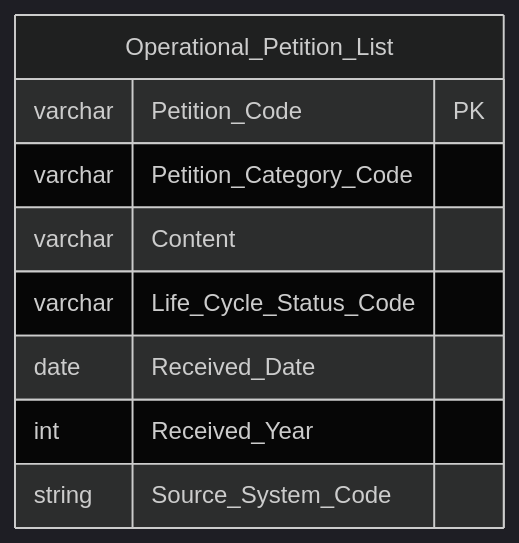
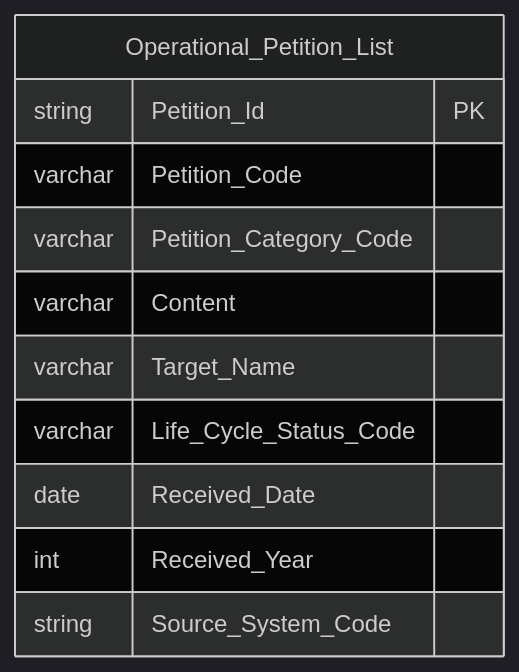
One commit to linhlvit/ubck_atomic_design changed diagram 51 of 54 in Datamart/hld/DTM_TT_HLD.md. Above: the diagram before and after it, drawn with Mermaid (dark theme). The commit also changed other lines of this file and 16 other files, not shown here.

````diff
--- a/Datamart/hld/DTM_TT_HLD.md
+++ b/Datamart/hld/DTM_TT_HLD.md
@@ -2010,12 +2023,14 @@
 ```mermaid
 erDiagram
     Operational_Petition_List {
-        varchar Petition_Code PK
+        string Petition_Id PK
+        varchar Petition_Code
         varchar Petition_Category_Code
         varchar Content
+        varchar Target_Name
         varchar Life_Cycle_Status_Code
         date Received_Date
         int Received_Year
         string Source_System_Code
     }
 ```
````
